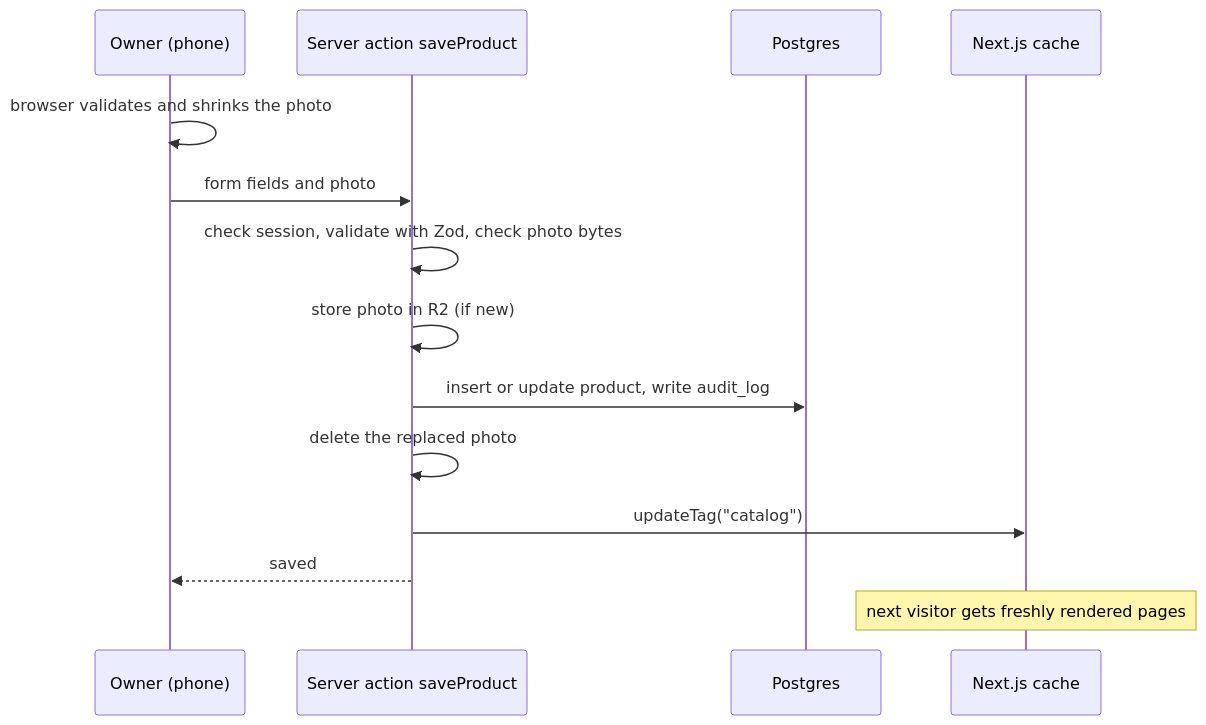
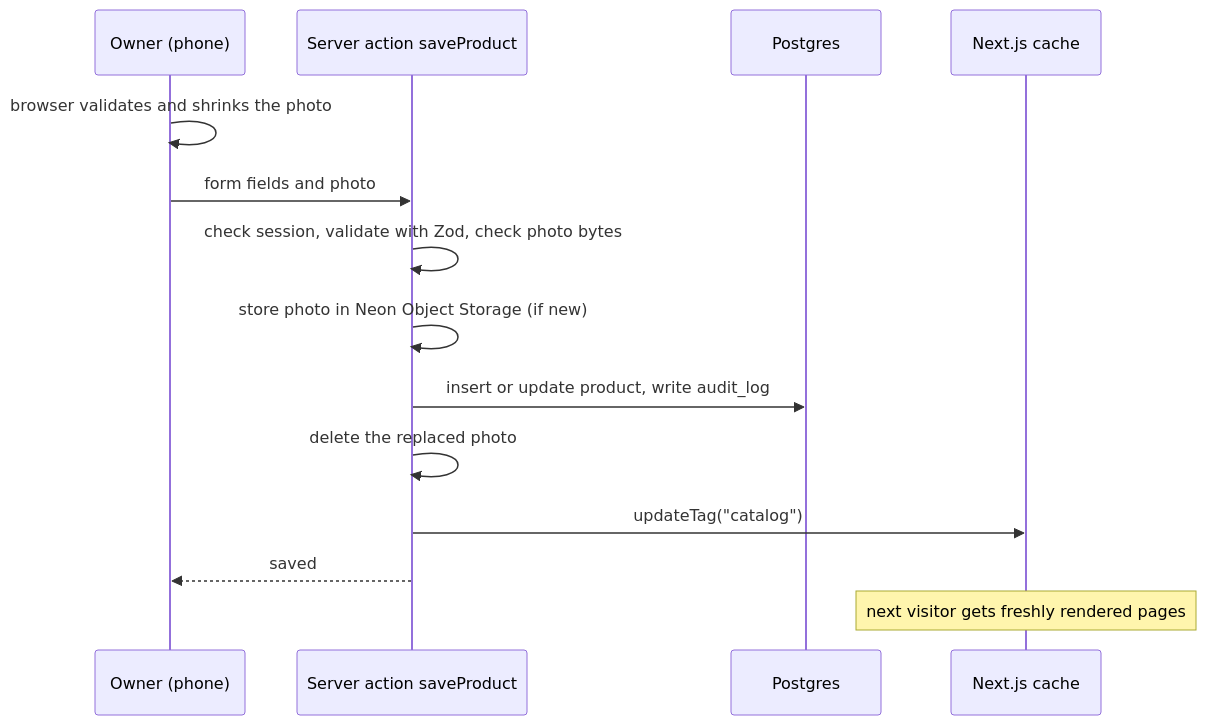
Before and after one commit to shubhamdsk/shree-balaji-paints-plywood-hardware: the third of 3 diagrams in docs/ARCHITECTURE.md, drawn with Mermaid. The commit also changed other lines of this file and 13 other files, not shown here.

First line of the commit message:
feat: keep photos in Neon Object Storage and the page cache in Workers KV

````diff
--- a/docs/ARCHITECTURE.md
+++ b/docs/ARCHITECTURE.md
@@ -137,16 +138,16 @@
 ```mermaid
 sequenceDiagram
   participant O as Owner (phone)
   participant A as Server action saveProduct
   participant DB as Postgres
   participant C as Next.js cache
   O->>O: browser validates and shrinks the photo
   O->>A: form fields and photo
   A->>A: check session, validate with Zod, check photo bytes
-  A->>A: store photo in R2 (if new)
+  A->>A: store photo in Neon Object Storage (if new)
   A->>DB: insert or update product, write audit_log
   A->>A: delete the replaced photo
   A->>C: updateTag("catalog")
   A-->>O: saved
   Note over C: next visitor gets freshly rendered pages
 ```
````
